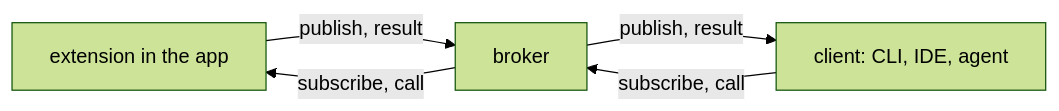
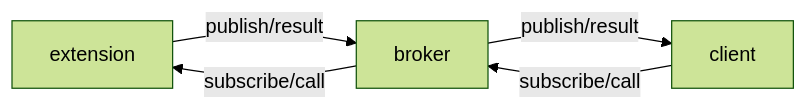
One commit to maceip/conduit changed the diagram in docs/diagrams/topology.mmd. Above: the diagram before and after it, drawn with Mermaid (forest theme). The commit also changed 7 other files, not shown here.

Commit message:
docs: fix the site diagrams: no wrapping, joined lines, shorter session

```diff
--- a/docs/diagrams/topology.mmd
+++ b/docs/diagrams/topology.mmd
@@ -1,5 +1,5 @@
 graph LR
-  E[extension in the app] -->|publish, result| B[broker]
-  B -->|subscribe, call| E
-  B -->|publish, result| C[client: CLI, IDE, agent]
-  C -->|subscribe, call| B
+  E[extension] -->|publish/result| B[broker]
+  B -->|publish/result| C[client]
+  C -->|subscribe/call| B
+  B -->|subscribe/call| E
```
